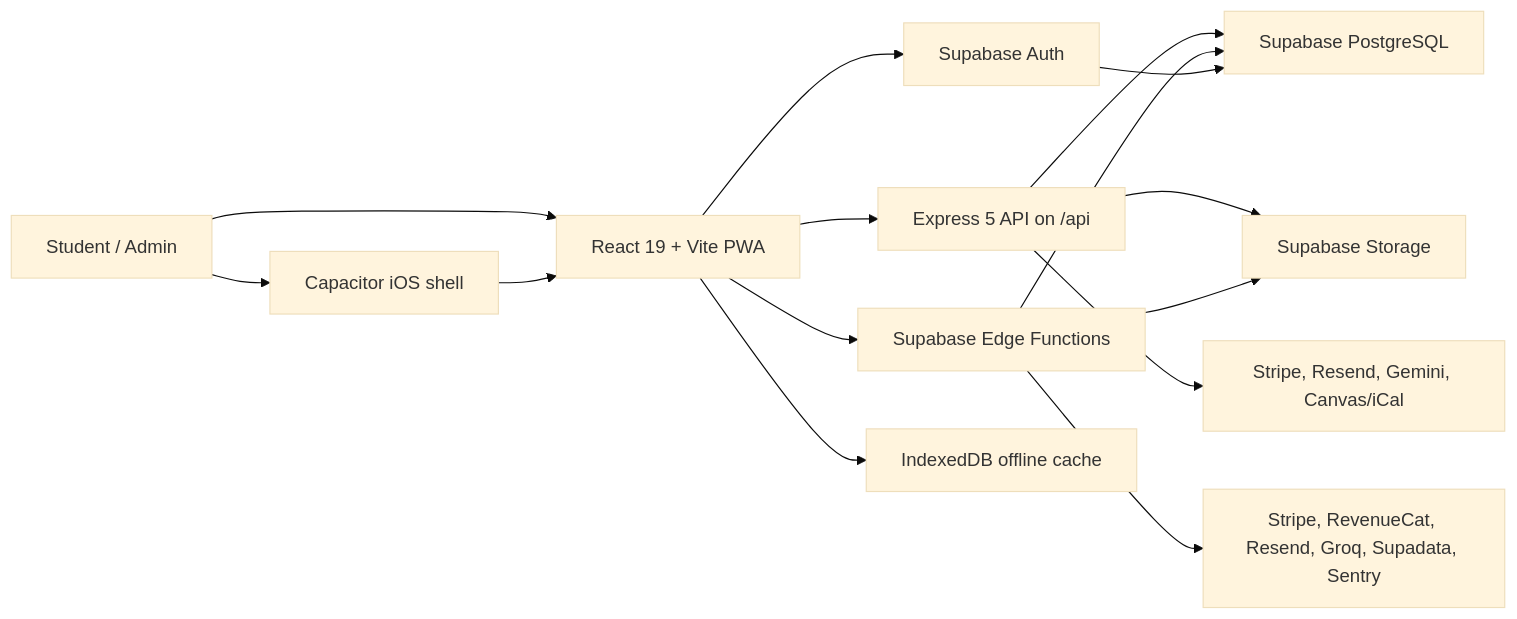
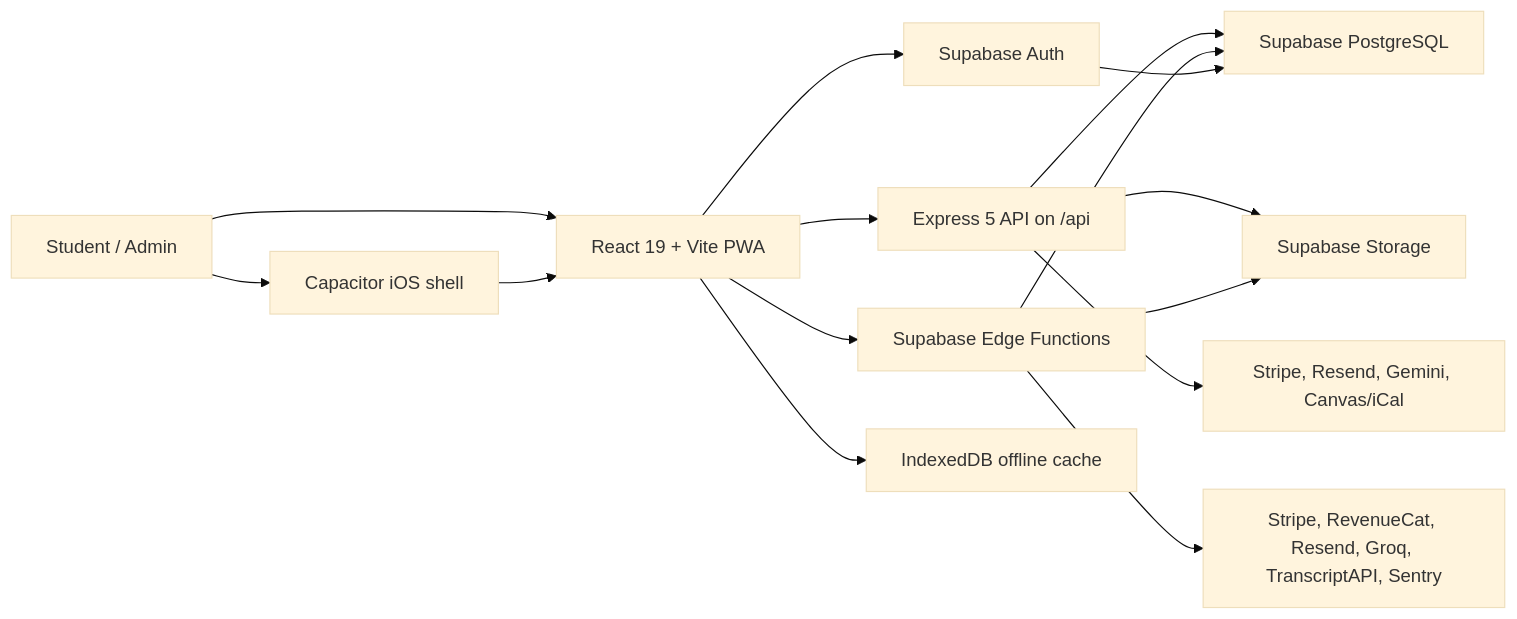
Before and after one commit to abmbodj/Riven: the first of 2 diagrams in README.md, drawn with Mermaid (base theme). The commit also changed other lines of this file and 7 other files, not shown here.

First line of the commit message:
Refactor YouTube transcript handling to use TranscriptAPI

````diff
--- a/README.md
+++ b/README.md
@@ -177,21 +177,21 @@
 ```mermaid
 flowchart LR
     user["Student / Admin"] --> client["React 19 + Vite PWA"]
     user --> ios["Capacitor iOS shell"]
     ios --> client
 
     client --> express["Express 5 API on /api"]
     client --> edge["Supabase Edge Functions"]
     client --> supabaseAuth["Supabase Auth"]
     client --> indexedDb["IndexedDB offline cache"]
 
     express --> postgres["Supabase PostgreSQL"]
     express --> storage["Supabase Storage"]
     express --> external["Stripe, Resend, Gemini, Canvas/iCal"]
 
     edge --> postgres
     edge --> storage
-    edge --> edgeExternal["Stripe, RevenueCat, Resend, Groq, Supadata, Sentry"]
+    edge --> edgeExternal["Stripe, RevenueCat, Resend, Groq, TranscriptAPI, Sentry"]
 
     supabaseAuth --> postgres
 ```
````
